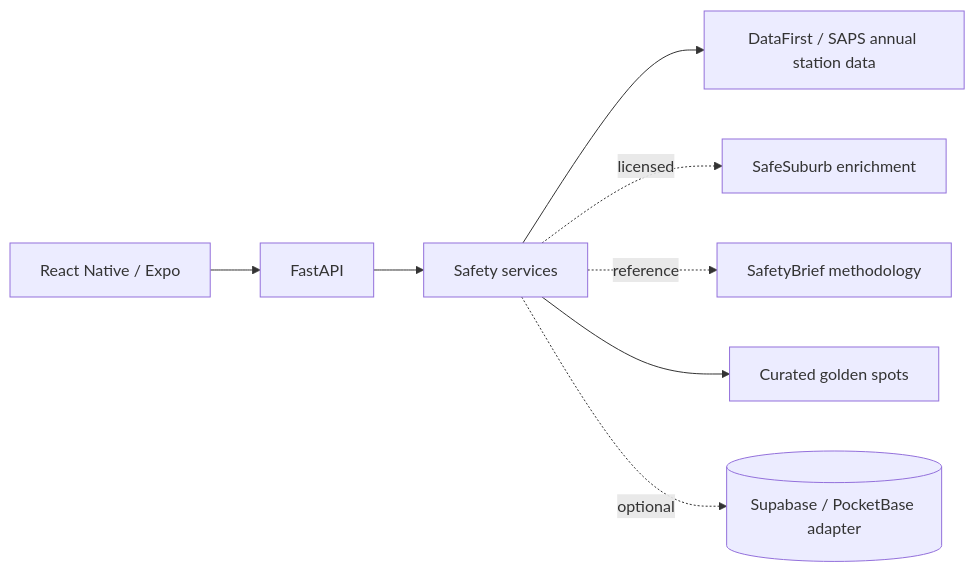
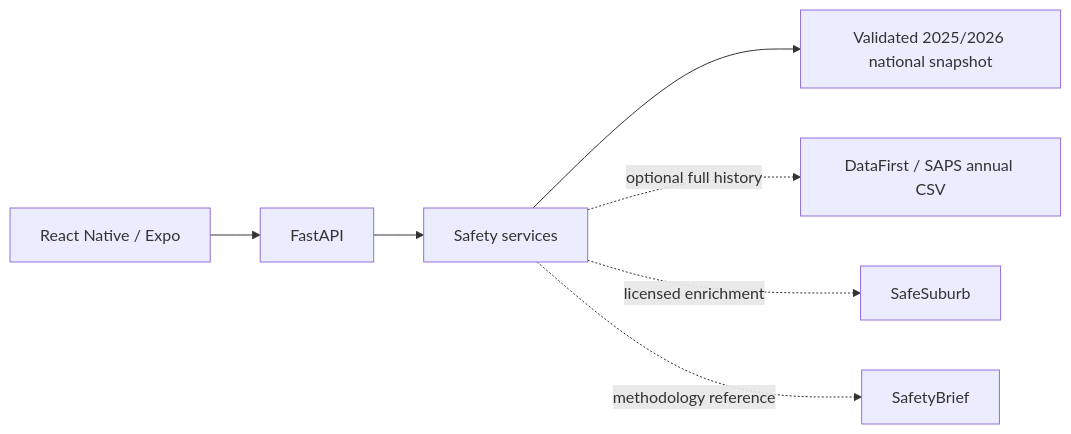
One commit to MargaretThomas/travel-safe changed the diagram in backend/docs/architecture.md. Above: the diagram before and after it, drawn with Mermaid. The commit also changed other lines of this file and 19 other files, not shown here.

Commit message:
feat: connect national safety heatmap to Expo

````diff
--- a/backend/docs/architecture.md
+++ b/backend/docs/architecture.md
@@ -5,10 +7,9 @@
 ```mermaid
 flowchart LR
     Mobile[React Native / Expo] --> API[FastAPI]
-    API --> Services[Safety services]
-    Services --> DF[DataFirst / SAPS annual station data]
-    Services -. licensed .-> SafeSuburb[SafeSuburb enrichment]
-    Services -. reference .-> SafetyBrief[SafetyBrief methodology]
-    Services --> Gold[Curated golden spots]
-    Services -. optional .-> DB[(Supabase / PocketBase adapter)]
+    API --> Safety[Safety services]
+    Safety --> Snapshot[Validated 2025/2026 national snapshot]
+    Safety -. optional full history .-> DF[DataFirst / SAPS annual CSV]
+    Safety -. licensed enrichment .-> SafeSuburb[SafeSuburb]
+    Safety -. methodology reference .-> SafetyBrief[SafetyBrief]
 ```
````
